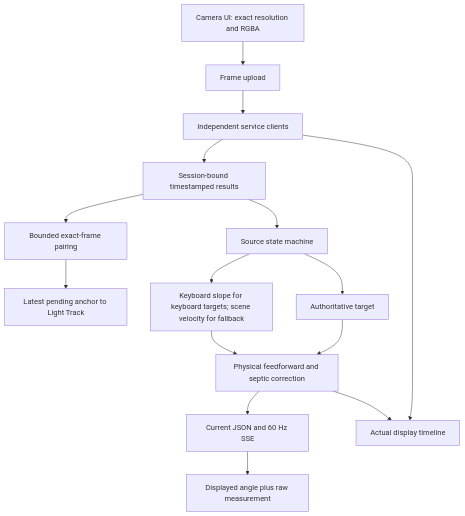
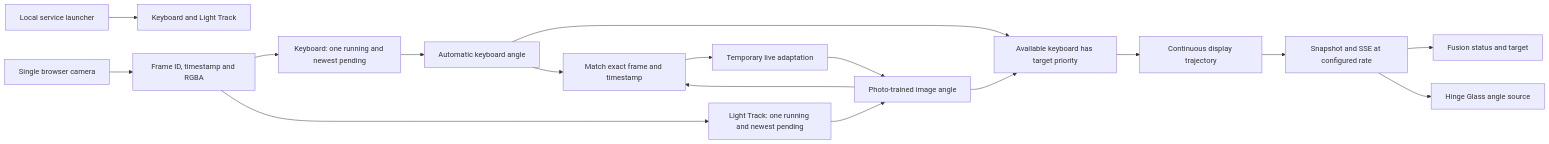
Before and after one commit to Comb1e/windows-turn: the first of 3 diagrams in fusion/docs/architecture.md, drawn with Mermaid. The commit also changed other lines of this file and 22 other files, not shown here.

Commit message:
Replace Fusion sweep calibration with photo annotation workflow

````diff
--- a/fusion/docs/architecture.md
+++ b/fusion/docs/architecture.md
@@ -3,17 +3,19 @@
 ```mermaid
-flowchart TD
-    UI[Camera UI: exact resolution and RGBA] --> HTTP[Frame upload]
-    HTTP --> Clients[Independent service clients]
-    Clients --> Results[Session-bound timestamped results]
-    Results --> Engine[Source state machine]
-    Results --> Pairs[Bounded exact-frame pairing]
-    Pairs --> Anchors[Latest pending anchor to Light Track]
-    Engine --> Motion[Keyboard slope for keyboard targets; scene velocity for fallback]
-    Engine --> Target[Authoritative target]
-    Motion --> Display[Physical feedforward and septic correction]
-    Target --> Display
-    Display --> API[Current JSON and 60 Hz SSE]
-    API --> View[Displayed angle plus raw measurement]
-    Display --> Recording[Actual display timeline]
-    Clients --> Recording
+flowchart LR
+  Launcher[Local service launcher] --> Services[Keyboard and Light Track]
+  Camera[Single browser camera] --> RGBA[Frame ID, timestamp and RGBA]
+  RGBA --> KQ[Keyboard: one running and newest pending]
+  RGBA --> LQ[Light Track: one running and newest pending]
+  KQ --> Keyboard[Automatic keyboard angle]
+  LQ --> Lighting[Photo-trained image angle]
+  Keyboard --> Target[Available keyboard has target priority]
+  Lighting --> Target
+  Keyboard --> Pair[Match exact frame and timestamp]
+  Lighting --> Pair
+  Pair --> Adapt[Temporary live adaptation]
+  Adapt --> Lighting
+  Target --> Controller[Continuous display trajectory]
+  Controller --> Output[Snapshot and SSE at configured rate]
+  Output --> UI[Fusion status and target]
+  Output --> Glass[Hinge Glass angle source]
 ```
````
